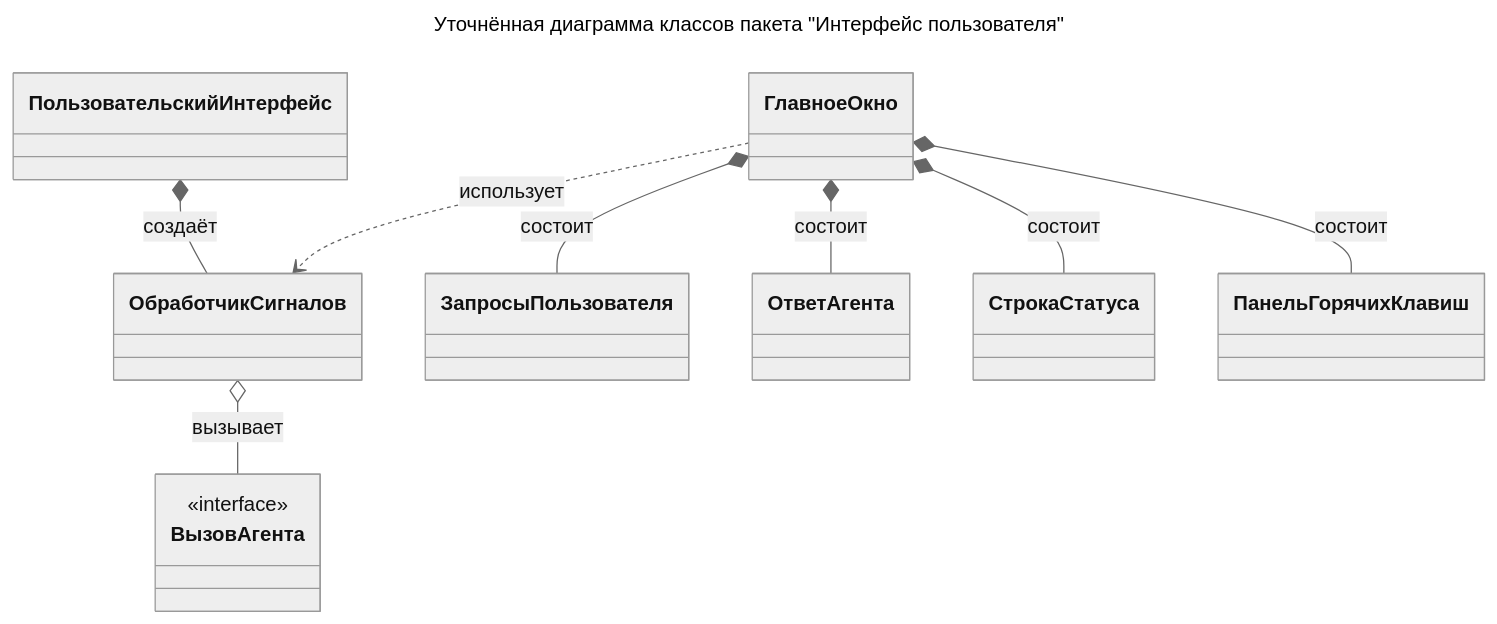
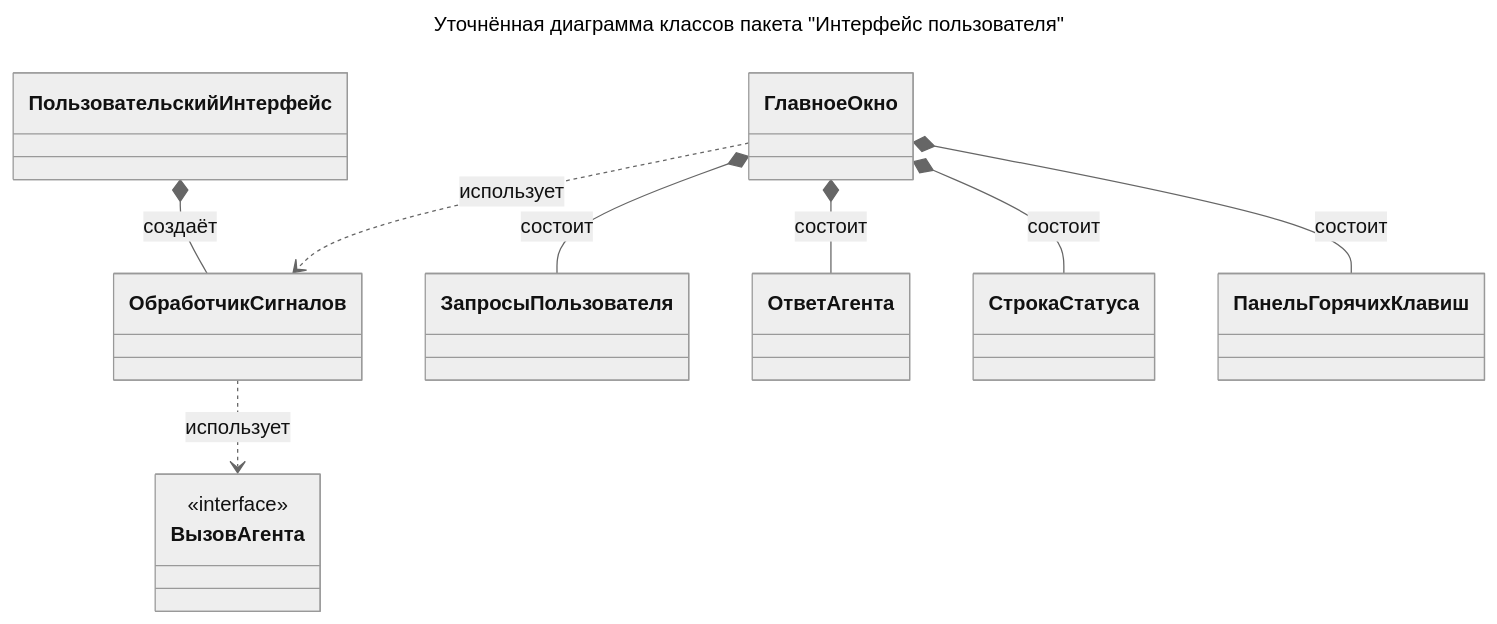
The second of 2 diagrams in Пакет Интерфейс пользователя/3. Уточнённая диаграмма классов.md (CHSU-scenarAIst/diagrammy), drawn with Mermaid (neutral theme) before and after one commit. The commit also changed other lines of this file and 14 other files, not shown here.

````diff
--- a/Пакет Интерфейс пользователя/3. Уточнённая диаграмма классов.md
+++ b/Пакет Интерфейс пользователя/3. Уточнённая диаграмма классов.md
@@ -5,18 +44,18 @@
 ```mermaid
 ---
 title: Уточнённая диаграмма классов пакета "Интерфейс пользователя"
 ---
 classDiagram
     ПользовательскийИнтерфейс *-- ОбработчикСигналов : создаёт
-    ОбработчикСигналов o-- ВызовАгента : вызывает
+    ОбработчикСигналов ..> ВызовАгента : использует
     ГлавноеОкно ..> ОбработчикСигналов : использует
     
     ГлавноеОкно *-- ЗапросыПользователя : состоит
     ГлавноеОкно *-- ОтветАгента : состоит
     ГлавноеОкно *-- СтрокаСтатуса : состоит
     ГлавноеОкно *-- ПанельГорячихКлавиш : состоит
 
     class ВызовАгента {
         <<interface>>
     }
 ```
````
